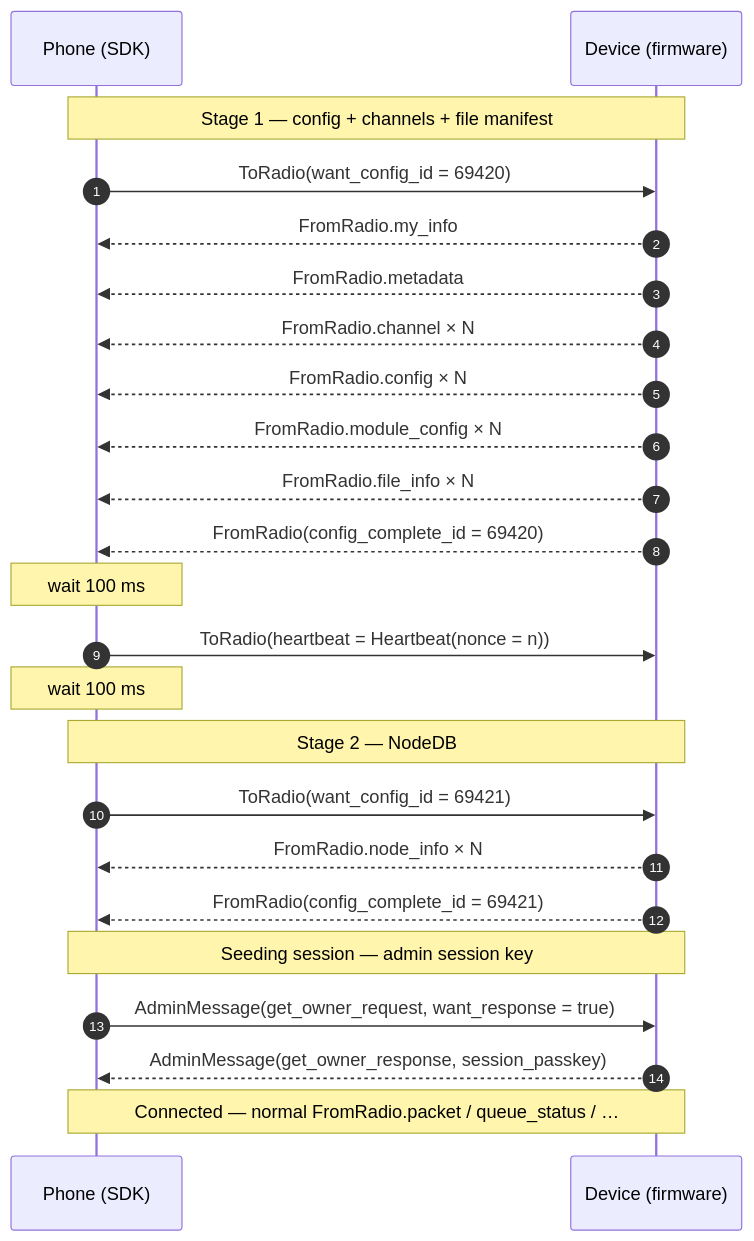
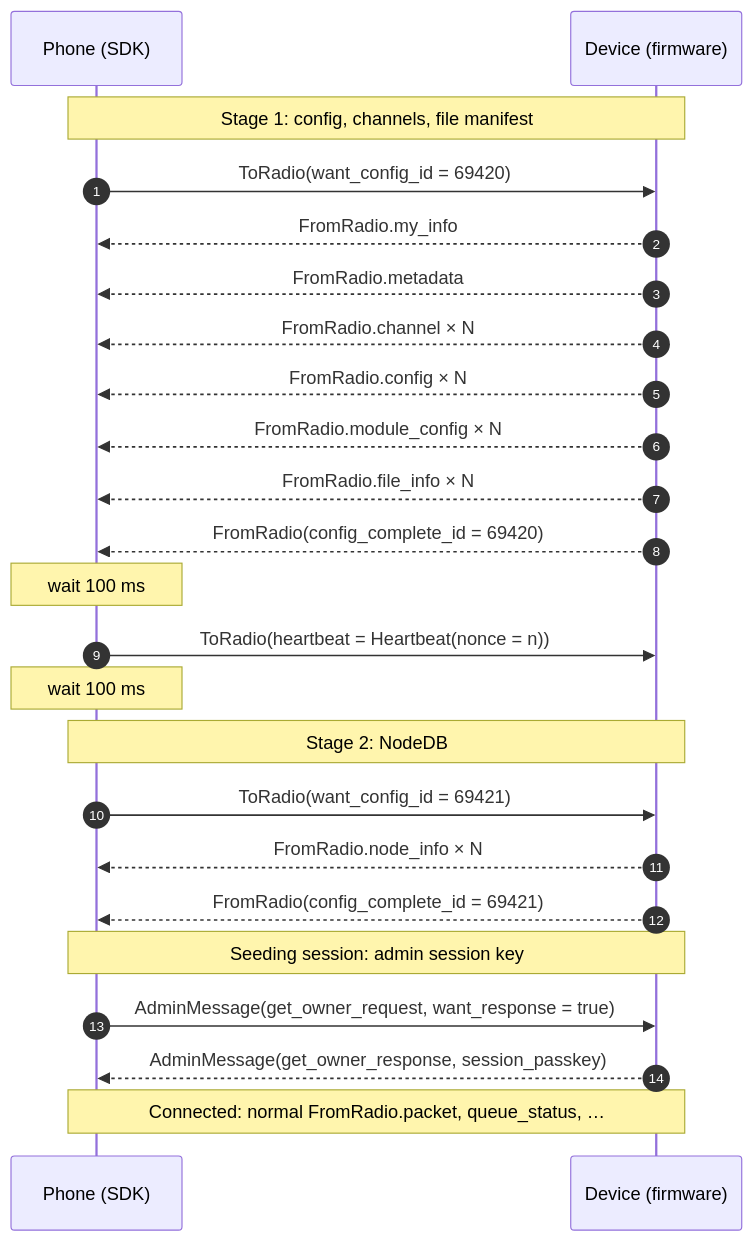
One commit to meshtastic/meshtastic-sdk changed the diagram in docs/protocol.md. Above: the diagram before and after it, drawn with Mermaid. The commit also changed other lines of this file and 60 other files, not shown here.

````diff
--- a/docs/protocol.md
+++ b/docs/protocol.md
@@ -329,31 +323,31 @@
 ```mermaid
 sequenceDiagram
     autonumber
     participant Phone as Phone (SDK)
     participant Device as Device (firmware)
 
-    Note over Phone,Device: Stage 1 — config + channels + file manifest
+    Note over Phone,Device: Stage 1: config, channels, file manifest
     Phone->>Device: ToRadio(want_config_id = 69420)
     Device-->>Phone: FromRadio.my_info
     Device-->>Phone: FromRadio.metadata
     Device-->>Phone: FromRadio.channel × N
     Device-->>Phone: FromRadio.config × N
     Device-->>Phone: FromRadio.module_config × N
     Device-->>Phone: FromRadio.file_info × N
     Device-->>Phone: FromRadio(config_complete_id = 69420)
 
     Note over Phone: wait 100 ms
     Phone->>Device: ToRadio(heartbeat = Heartbeat(nonce = n))
     Note over Phone: wait 100 ms
 
-    Note over Phone,Device: Stage 2 — NodeDB
+    Note over Phone,Device: Stage 2: NodeDB
     Phone->>Device: ToRadio(want_config_id = 69421)
     Device-->>Phone: FromRadio.node_info × N
     Device-->>Phone: FromRadio(config_complete_id = 69421)
 
-    Note over Phone,Device: Seeding session — admin session key
+    Note over Phone,Device: Seeding session: admin session key
     Phone->>Device: AdminMessage(get_owner_request, want_response = true)
     Device-->>Phone: AdminMessage(get_owner_response, session_passkey)
 
-    Note over Phone,Device: Connected — normal FromRadio.packet / queue_status / …
+    Note over Phone,Device: Connected: normal FromRadio.packet, queue_status, …
 ```
````
